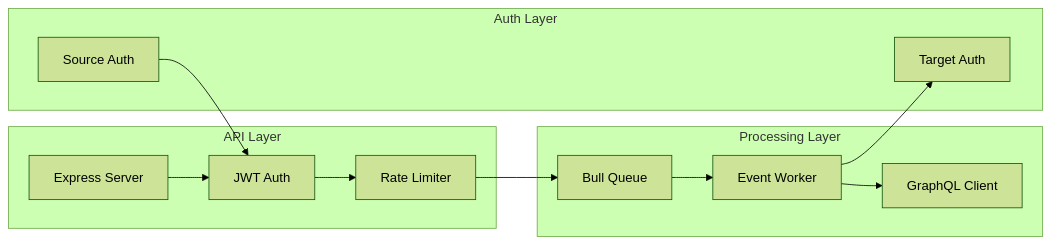
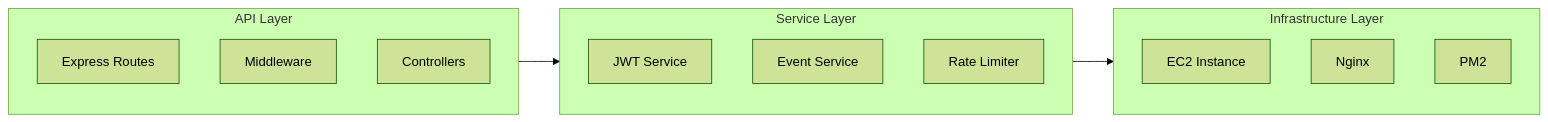
The third of 5 diagrams in docs/architecture.md (kranthi0987/eventdrivensystem), drawn with Mermaid (forest theme) before and after one commit. The commit also changed other lines of this file and 3 other files, not shown here.

````diff
--- a/docs/architecture.md
+++ b/docs/architecture.md
@@ -90,27 +121,23 @@
 ```mermaid
 graph LR
     subgraph API["API Layer"]
-        Express[Express Server]
-        JWT[JWT Auth]
+        Routes[Express Routes]
+        Middleware[Middleware]
+        Controllers[Controllers]
+    end
+    
+    subgraph Services["Service Layer"]
+        Auth[JWT Service]
+        Event[Event Service]
         Rate[Rate Limiter]
     end
     
-    subgraph Processing["Processing Layer"]
-        Bull[Bull Queue]
-        Worker[Event Worker]
-        GraphQL[GraphQL Client]
+    subgraph Infrastructure["Infrastructure Layer"]
+        EC2[EC2 Instance]
+        Nginx[Nginx]
+        PM2[PM2]
     end
     
-    subgraph Auth["Auth Layer"]
-        SourceAuth[Source Auth]
-        TargetAuth[Target Auth]
-    end
-    
-    Express --> JWT
-    JWT --> Rate
-    Rate --> Bull
-    Bull --> Worker
-    Worker --> GraphQL
-    Worker --> TargetAuth
-    SourceAuth --> JWT
+    API --> Services
+    Services --> Infrastructure
 ```
````
